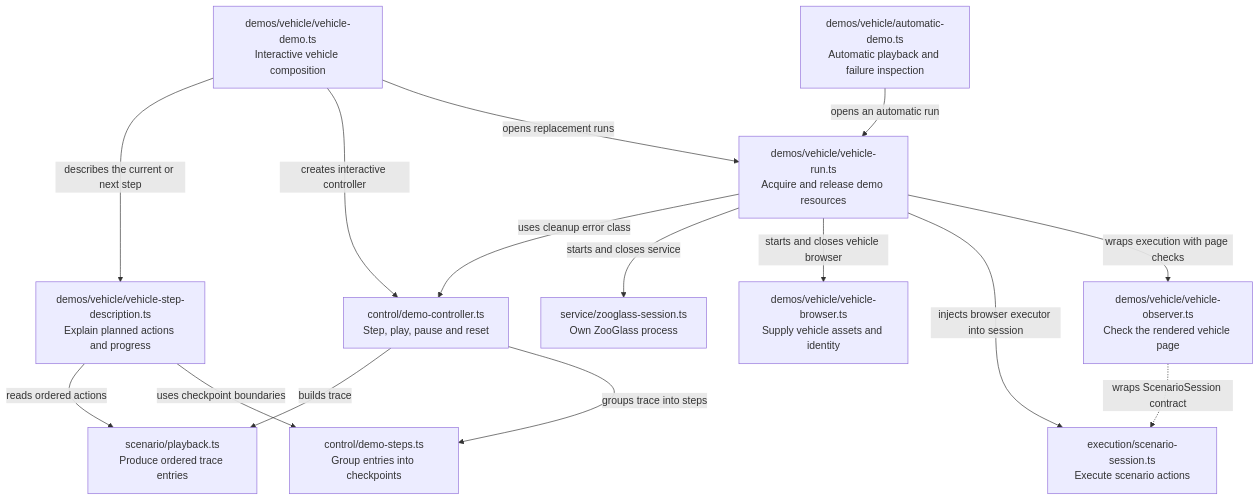
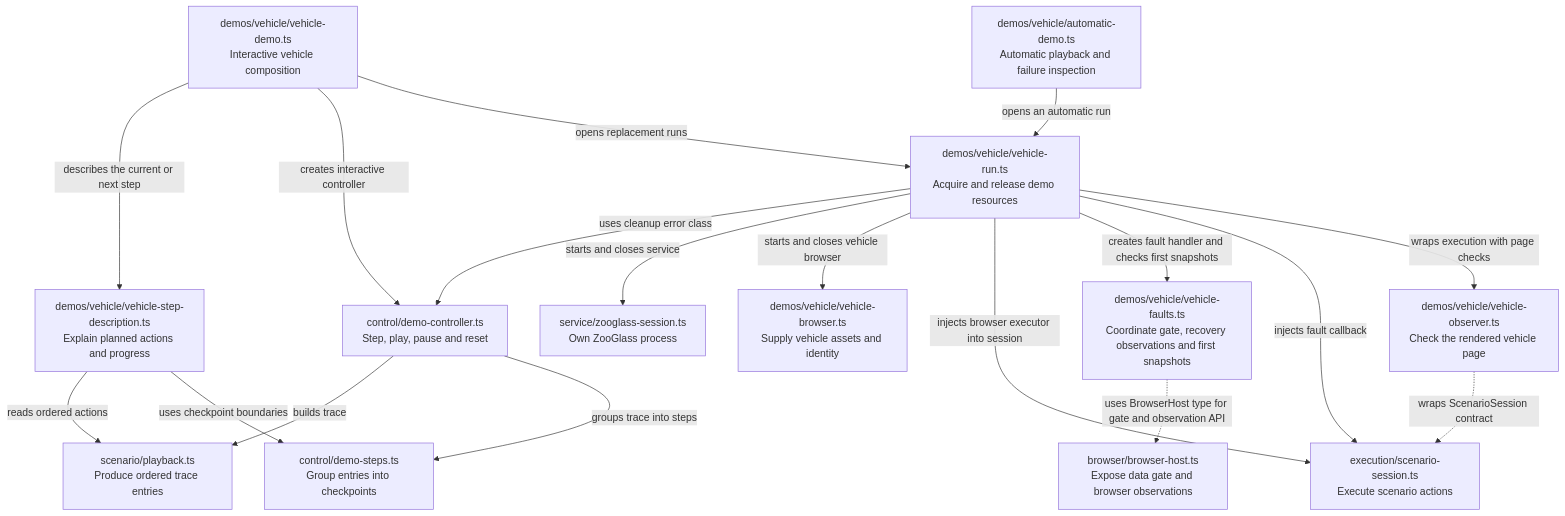
Before and after one commit to sproates/zooglass: the fourth of 6 diagrams in incubator/workbench/docs/source-map.md, drawn with Mermaid. The commit also changed other lines of this file and 27 other files, not shown here.

Commit message:
Exercise real browser connection loss and automatic recovery (#68)

````diff
--- a/incubator/workbench/docs/source-map.md
+++ b/incubator/workbench/docs/source-map.md
@@ -140,28 +140,33 @@
 ```mermaid
 flowchart TB
   vehicle["demos/vehicle/vehicle-demo.ts<br/>Interactive vehicle composition"]
   automatic["demos/vehicle/automatic-demo.ts<br/>Automatic playback and failure inspection"]
   controller["control/demo-controller.ts<br/>Step, play, pause and reset"]
   steps["control/demo-steps.ts<br/>Group entries into checkpoints"]
   playback["scenario/playback.ts<br/>Produce ordered trace entries"]
   run["demos/vehicle/vehicle-run.ts<br/>Acquire and release demo resources"]
   service["service/zooglass-session.ts<br/>Own ZooGlass process"]
   browser["demos/vehicle/vehicle-browser.ts<br/>Supply vehicle assets and identity"]
   session["execution/scenario-session.ts<br/>Execute scenario actions"]
+  faults["demos/vehicle/vehicle-faults.ts<br/>Coordinate gate, recovery observations and first snapshots"]
+  host["browser/browser-host.ts<br/>Expose data gate and browser observations"]
   observer["demos/vehicle/vehicle-observer.ts<br/>Check the rendered vehicle page"]
   descriptions["demos/vehicle/vehicle-step-description.ts<br/>Explain planned actions and progress"]
   vehicle -->|describes the current or next step| descriptions
   descriptions -->|reads ordered actions| playback
   descriptions -->|uses checkpoint boundaries| steps
   vehicle -->|creates interactive controller| controller
   vehicle -->|opens replacement runs| run
   automatic -->|opens an automatic run| run
   controller -->|builds trace| playback
   controller -->|groups trace into steps| steps
   run -->|uses cleanup error class| controller
   run -->|starts and closes service| service
   run -->|starts and closes vehicle browser| browser
   run -->|injects browser executor into session| session
+  run -->|creates fault handler and checks first snapshots| faults
+  faults -.->|uses BrowserHost type for gate and observation API| host
+  run -->|injects fault callback| session
   run -->|wraps execution with page checks| observer
   observer -.->|wraps ScenarioSession contract| session
 ```
````
